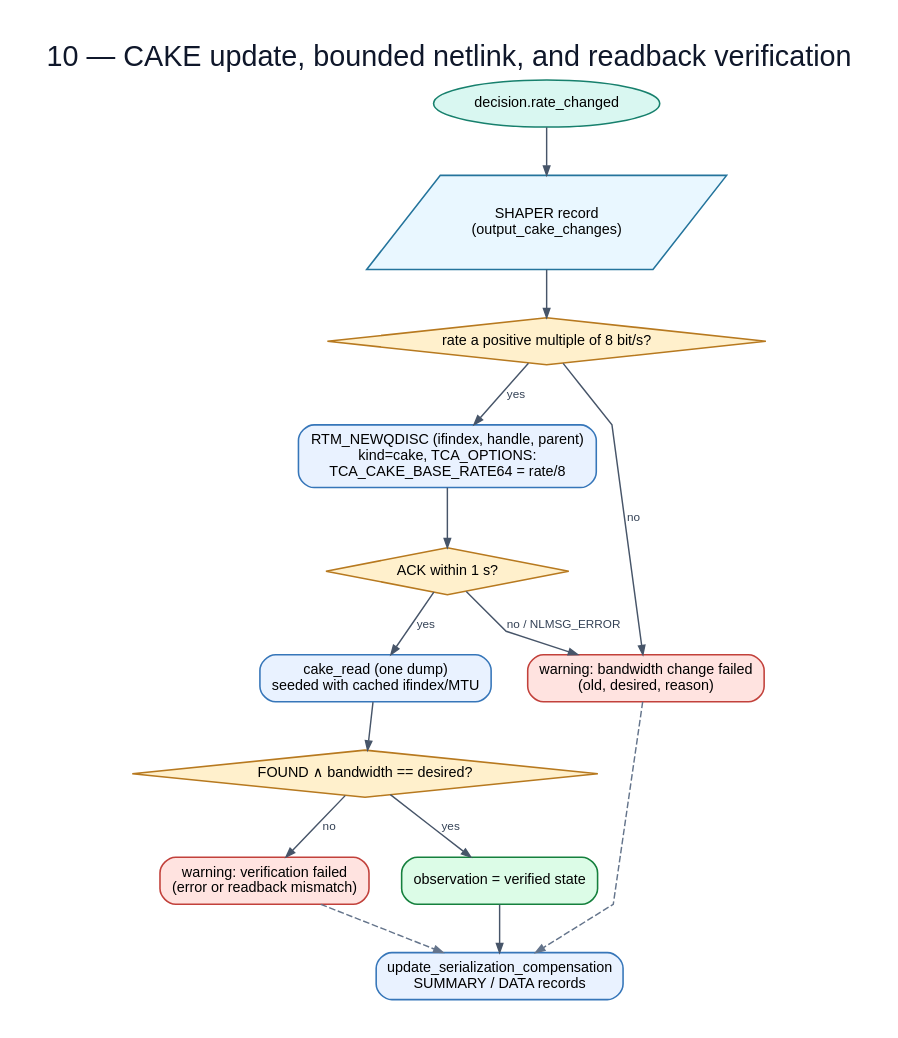
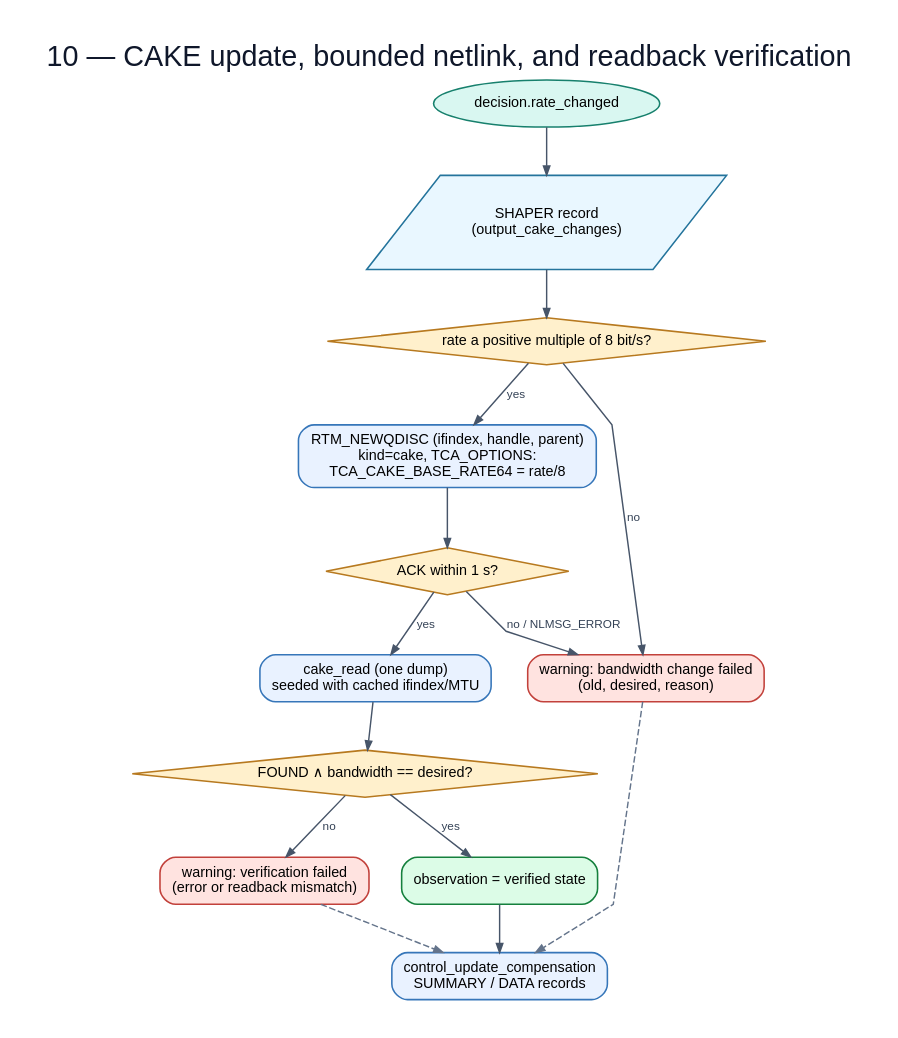
The diagram in flowchart/diagrams/10-apply-and-verify.dot (huydoan94/cake-adapt), drawn with Graphviz before and after one commit. The commit also changed 19 other files, not shown here.

First line of the commit message:
Regenerate the flowcharts for the restructured monitor

```diff
--- a/flowchart/diagrams/10-apply-and-verify.dot
+++ b/flowchart/diagrams/10-apply-and-verify.dot
@@ -1,29 +1,29 @@
 digraph G {
   graph [rankdir=TB,bgcolor="white",pad="0.30",nodesep="0.35",ranksep="0.48",splines=polyline,fontname="Arial",label="10 — CAKE update, bounded netlink, and readback verification",labelloc=t,fontsize=22,fontcolor="#0f172a"];
   node [fontname="Arial",fontsize=11,margin="0.14,0.09",penwidth=1.2];
   edge [fontname="Arial",fontsize=9,color="#475569",fontcolor="#334155",arrowsize=0.7,penwidth=1.1];
   start [label="decision.rate_changed",shape=oval,style="filled",fillcolor="#d9f7f1",color="#17806d"];
   shaper [label="SHAPER record\n(output_cake_changes)",shape=parallelogram,style="filled",fillcolor="#e9f7ff",color="#24749c"];
   valid [label="rate a positive multiple of 8 bit/s?",shape=diamond,style="filled",fillcolor="#fff0cc",color="#b7791f"];
   send [label="RTM_NEWQDISC (ifindex, handle, parent)\nkind=cake, TCA_OPTIONS:\nTCA_CAKE_BASE_RATE64 = rate/8",shape=box,style="rounded,filled",fillcolor="#e9f2ff",color="#3676b9"];
   ack [label="ACK within 1 s?",shape=diamond,style="filled",fillcolor="#fff0cc",color="#b7791f"];
   fail [label="warning: bandwidth change failed\n(old, desired, reason)",shape=box,style="rounded,filled",fillcolor="#ffe3e0",color="#c2413b"];
   read [label="cake_read (one dump)\nseeded with cached ifindex/MTU",shape=box,style="rounded,filled",fillcolor="#e9f2ff",color="#3676b9"];
   match [label="FOUND ∧ bandwidth == desired?",shape=diamond,style="filled",fillcolor="#fff0cc",color="#b7791f"];
   mismatch [label="warning: verification failed\n(error or readback mismatch)",shape=box,style="rounded,filled",fillcolor="#ffe3e0",color="#c2413b"];
   ok [label="observation = verified state",shape=box,style="rounded,filled,bold",fillcolor="#dcfce7",color="#15803d"];
-  comp [label="update_serialization_compensation\nSUMMARY / DATA records",shape=box,style="rounded,filled",fillcolor="#e9f2ff",color="#3676b9"];
+  comp [label="control_update_compensation\nSUMMARY / DATA records",shape=box,style="rounded,filled",fillcolor="#e9f2ff",color="#3676b9"];
   start -> shaper;
   shaper -> valid;
   valid -> fail [label="no"];
   valid -> send [label="yes"];
   send -> ack;
   ack -> fail [label="no / NLMSG_ERROR"];
   ack -> read [label="yes"];
   read -> match;
   match -> mismatch [label="no"];
   match -> ok [label="yes"];
   ok -> comp;
   fail -> comp [style=dashed,color="#64748b"];
   mismatch -> comp [style=dashed,color="#64748b"];
 }
```
